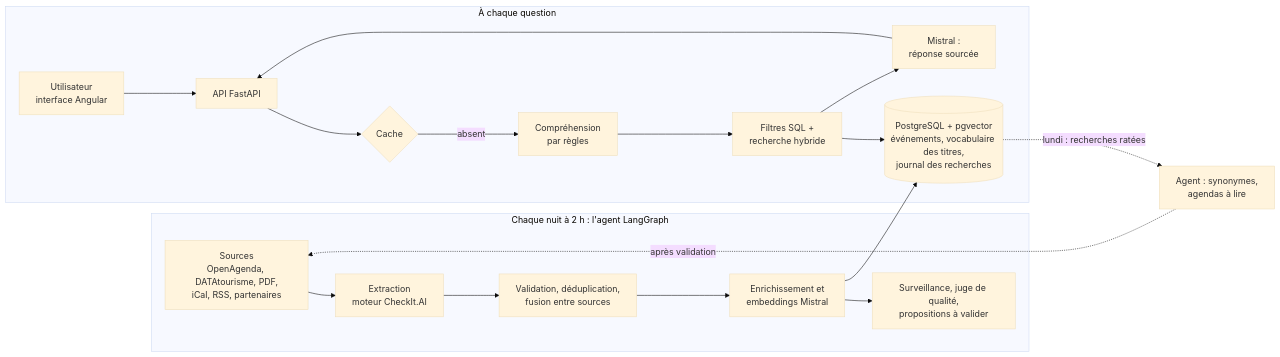
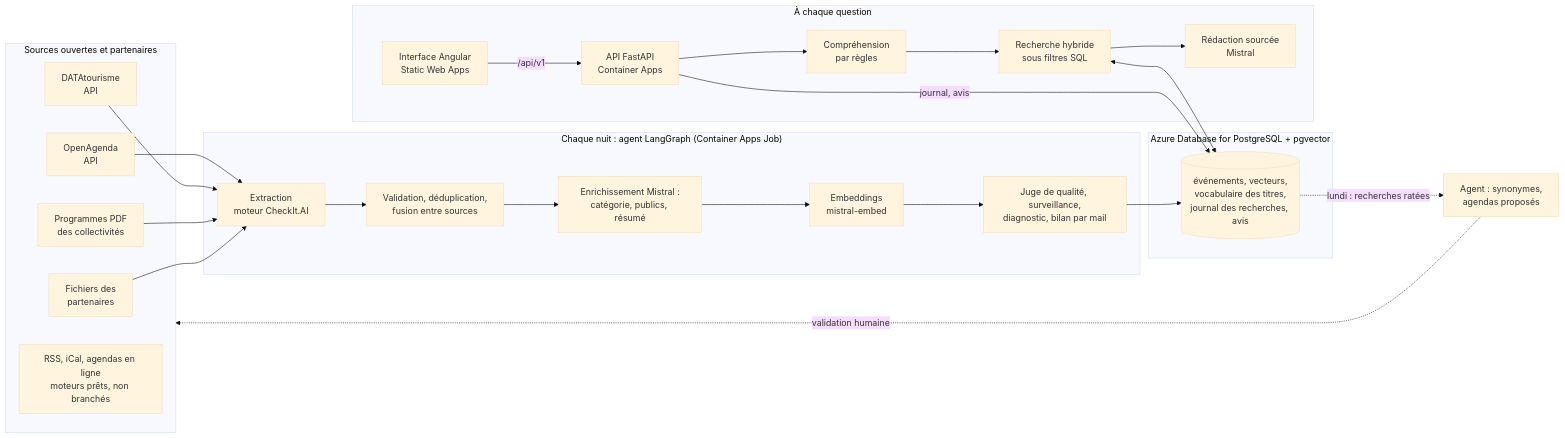
Before and after one commit to gonzalezcourrier34-glitch/SortirIA: the first of 2 diagrams in docs/architecture.md, drawn with Mermaid (base theme). The commit also changed other lines of this file and 43 other files, not shown here.

Commit message:
Pertinence : juge v7 fige (98,6 % d'accord), offres partenaires sur type et public, « à Montpellier » = la ville

````diff
--- a/docs/architecture.md
+++ b/docs/architecture.md
@@ -7,21 +12,35 @@
 ```mermaid
 flowchart LR
-    subgraph Nuit["Chaque nuit à 2 h : l'agent LangGraph"]
-        S[Sources<br/>OpenAgenda, DATAtourisme, PDF,<br/>iCal, RSS, partenaires] --> C[Extraction<br/>moteur CheckIt.AI]
-        C --> N[Validation, déduplication,<br/>fusion entre sources]
-        N --> E[Enrichissement et<br/>embeddings Mistral]
-        E --> W[Surveillance, juge de qualité,<br/>propositions à valider]
+    subgraph Sources["Sources ouvertes et partenaires"]
+        OA[OpenAgenda<br/>API]
+        DT[DATAtourisme<br/>API]
+        PDF[Programmes PDF<br/>des collectivités]
+        PA[Fichiers des<br/>partenaires]
+        AU[RSS, iCal, agendas en ligne<br/>moteurs prêts, non branchés]
     end
-    E --> DB[(PostgreSQL + pgvector<br/>événements, vocabulaire des titres,<br/>journal des recherches)]
+
+    subgraph Nuit["Chaque nuit : agent LangGraph (Container Apps Job)"]
+        X[Extraction<br/>moteur CheckIt.AI] --> P[Validation, déduplication,<br/>fusion entre sources]
+        P --> M[Enrichissement Mistral :<br/>catégorie, publics, résumé]
+        M --> V[Embeddings<br/>mistral-embed]
+        V --> J[Juge de qualité, surveillance,<br/>diagnostic, bilan par mail]
+    end
+
+    subgraph Donnees["Azure Database for PostgreSQL + pgvector"]
+        DB[(événements, vecteurs,<br/>vocabulaire des titres,<br/>journal des recherches, avis)]
+    end
+
     subgraph Jour["À chaque question"]
-        U[Utilisateur<br/>interface Angular] --> A[API FastAPI]
-        A --> K{Cache}
-        K -- absent --> Q[Compréhension<br/>par règles]
-        Q --> F[Filtres SQL +<br/>recherche hybride]
-        F --> DB
-        F --> G[Mistral :<br/>réponse sourcée]
-        G --> A
+        UI[Interface Angular<br/>Static Web Apps] -->|/api/v1| API[API FastAPI<br/>Container Apps]
+        API --> Q[Compréhension<br/>par règles]
+        Q --> R[Recherche hybride<br/>sous filtres SQL]
+        R --> W[Rédaction sourcée<br/>Mistral]
     end
-    DB -. lundi : recherches ratées .-> L[Agent : synonymes,<br/>agendas à lire]
-    L -. après validation .-> S
+
+    OA & DT & PDF & PA --> X
+    J --> DB
+    R <--> DB
+    API -->|journal, avis| DB
+    DB -. lundi : recherches ratées .-> L[Agent : synonymes,<br/>agendas proposés]
+    L -. validation humaine .-> Sources
 ```
````
